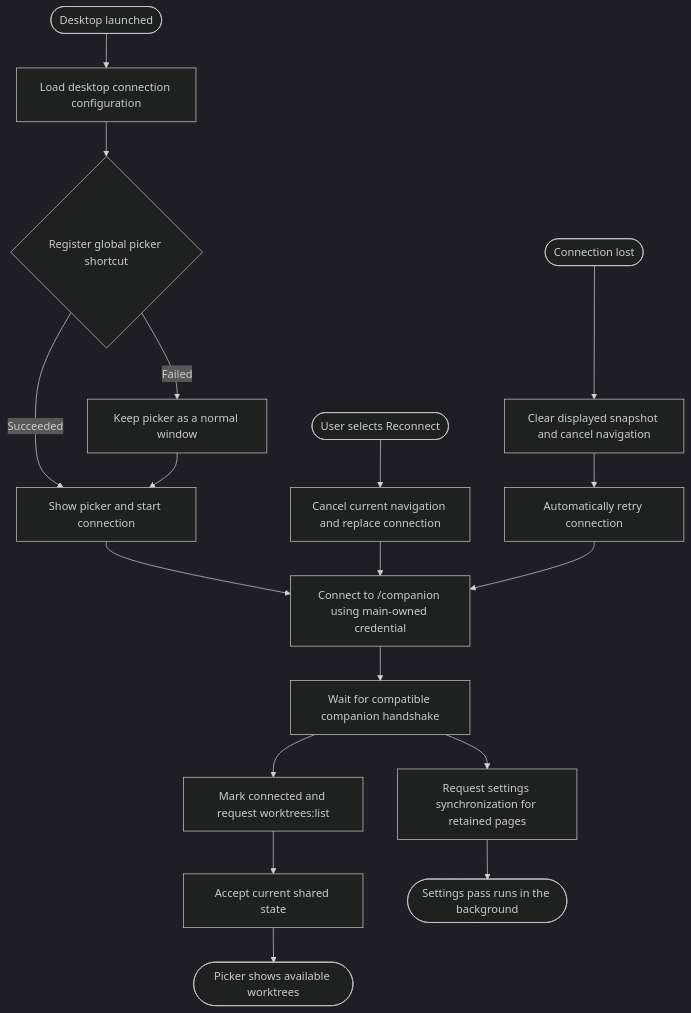
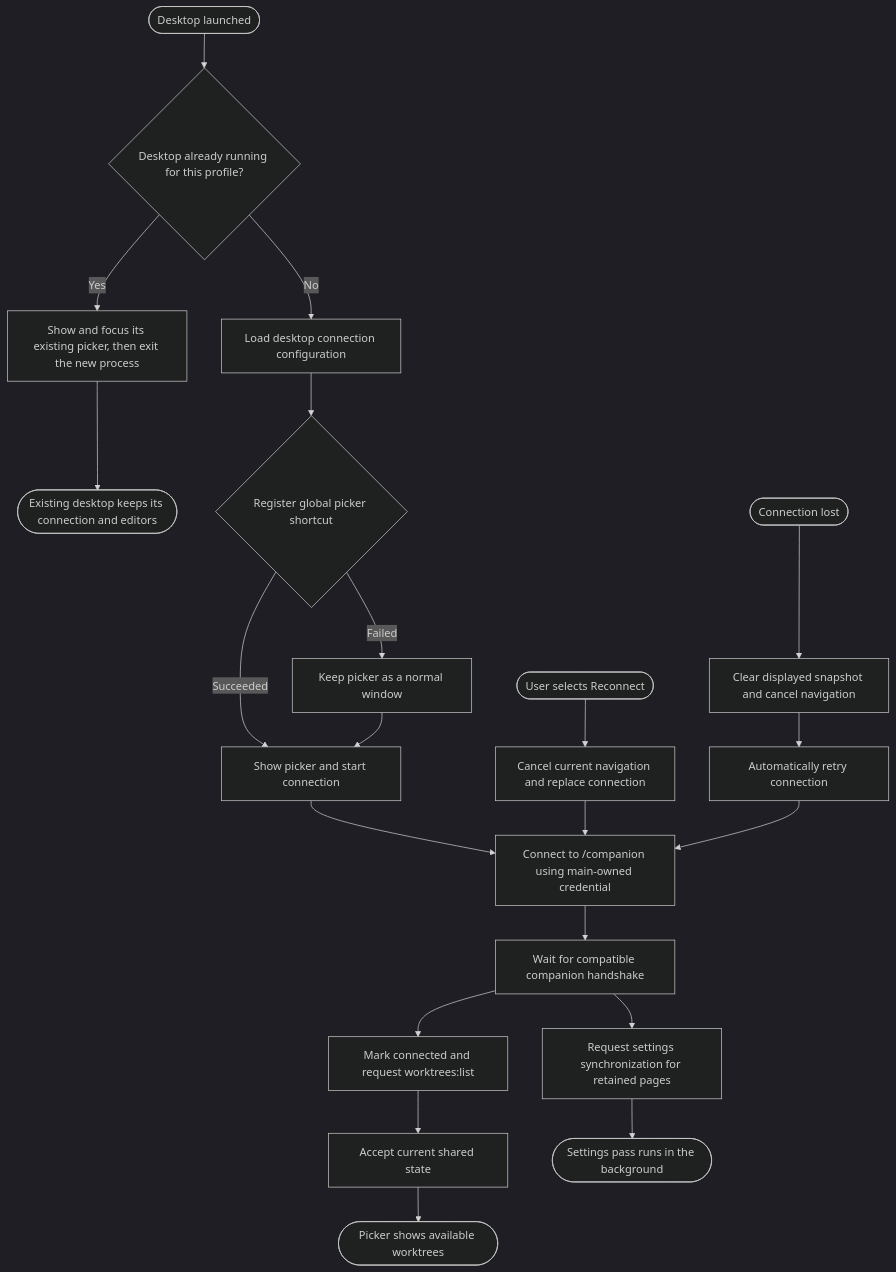
The first of 8 diagrams in workflows/desktop.md (takeshibaconsuzuki/ade-overlay), drawn with Mermaid (dark theme) before and after one commit. The commit also changed other lines of this file and 6 other files, not shown here.

````diff
--- a/workflows/desktop.md
+++ b/workflows/desktop.md
@@ -8,22 +8,25 @@
 ```mermaid
 flowchart TD
-    Launch([Desktop launched]) --> Config[Load desktop connection configuration]
+    Launch([Desktop launched]) --> Running{Desktop already running for this profile?}
+    Running -->|Yes| Handoff[Show and focus its existing picker, then exit the new process]
+    Handoff --> Reused([Existing desktop keeps its connection and editors])
+    Running -->|No| Config[Load desktop connection configuration]
     Config --> Shortcut{Register global picker shortcut}
     Shortcut -->|Succeeded| Start[Show picker and start connection]
     Shortcut -->|Failed| Normal[Keep picker as a normal window]
     Normal --> Start
     Retry([User selects Reconnect]) --> Reset[Cancel current navigation and replace connection]
     Lost([Connection lost]) --> ResetState[Clear displayed snapshot and cancel navigation]
     ResetState --> Automatic[Automatically retry connection]
     Start --> Connect[Connect to /companion using main-owned credential]
     Reset --> Connect
     Automatic --> Connect
     Connect --> Hello[Wait for compatible companion handshake]
     Hello --> Fetch[Mark connected and request worktrees:list]
     Fetch --> Accept[Accept current shared state]
     Accept --> Ready([Picker shows available worktrees])
     Hello --> Settings[Request settings synchronization for retained pages]
     Settings --> Background([Settings pass runs in the background])
     click Accept "desktop.md#accept-shared-state"
     click Settings "settings.md#schedule-synchronization"
 ```
````
